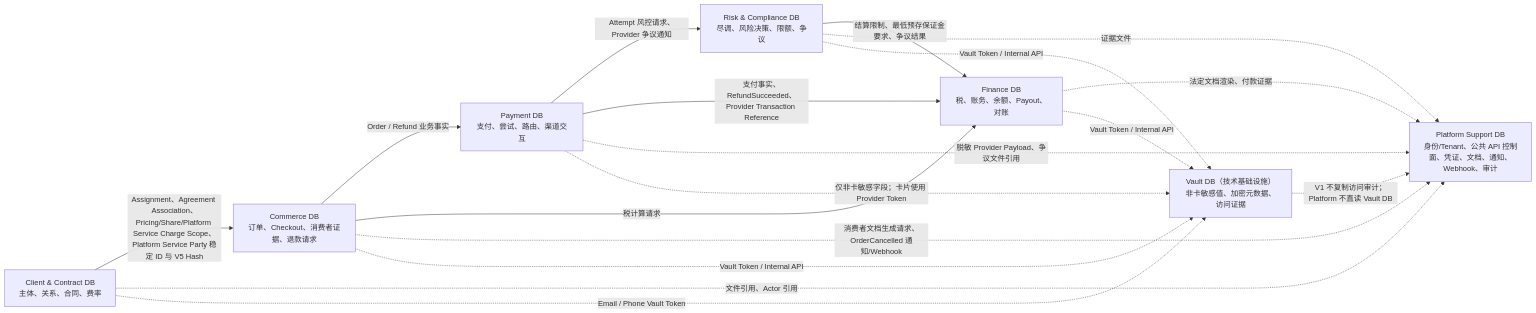
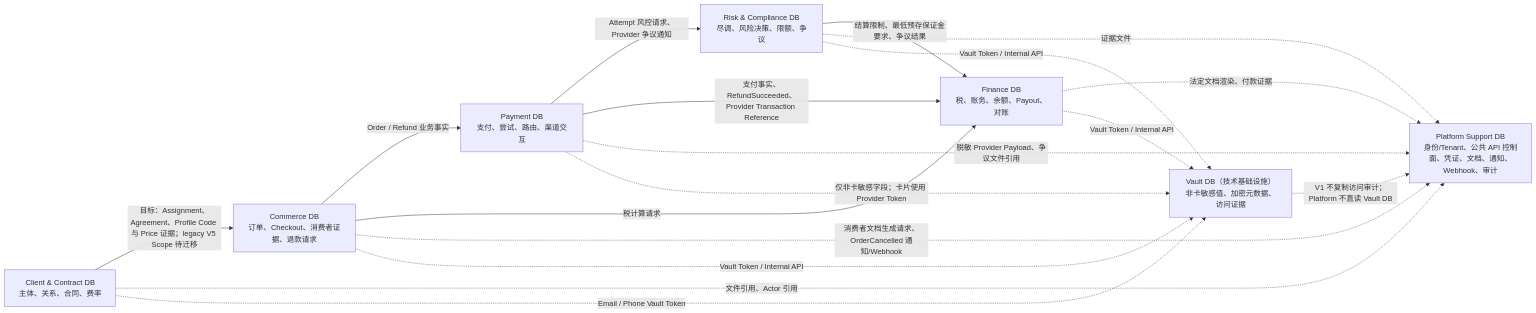
Before and after one commit to kenny0924/paytech: the first of 4 diagrams in agent-docs/database/README.md, drawn with Mermaid. The commit also changed other lines of this file and 33 other files, not shown here.

````diff
--- a/agent-docs/database/README.md
+++ b/agent-docs/database/README.md
@@ -28,28 +30,28 @@
 ```mermaid
 flowchart LR
     CCT["Client & Contract DB\n主体、关系、合同、费率"]
     COM["Commerce DB\n订单、Checkout、消费者证据、退款请求"]
     PAY["Payment DB\n支付、尝试、路由、渠道交互"]
     RISK["Risk & Compliance DB\n尽调、风险决策、限额、争议"]
     FIN["Finance DB\n税、账务、余额、Payout、对账"]
     SUP["Platform Support DB\n身份/Tenant、公共 API 控制面、凭证、文档、通知、Webhook、审计"]
     VAULT["Vault DB（技术基础设施）\n非卡敏感值、加密元数据、访问证据"]
 
-    CCT -->|"Assignment、Agreement Association、Pricing/Share/Platform Service Charge Scope、Platform Service Party 稳定 ID 与 V5 Hash"| COM
+    CCT -->|"目标：Assignment、Agreement、Profile Code 与 Price 证据；legacy V5 Scope 待迁移"| COM
     COM -->|"Order / Refund 业务事实"| PAY
     PAY -->|"Attempt 风控请求、Provider 争议通知"| RISK
     COM -->|"税计算请求"| FIN
     PAY -->|"支付事实、RefundSucceeded、Provider Transaction Reference"| FIN
     RISK -->|"结算限制、最低预存保证金要求、争议结果"| FIN
     CCT -.->|"文件引用、Actor 引用"| SUP
     COM -.->|"消费者文档生成请求、OrderCancelled 通知/Webhook"| SUP
     RISK -.->|"证据文件"| SUP
     FIN -.->|"法定文档渲染、付款证据"| SUP
     PAY -.->|"脱敏 Provider Payload、争议文件引用"| SUP
     CCT -.->|"Email / Phone Vault Token"| VAULT
     COM -.->|"Vault Token / Internal API"| VAULT
     PAY -.->|"仅非卡敏感字段；卡片使用 Provider Token"| VAULT
     RISK -.->|"Vault Token / Internal API"| VAULT
     FIN -.->|"Vault Token / Internal API"| VAULT
     VAULT -.->|"V1 不复制访问审计；Platform 不直读 Vault DB"| SUP
 ```
````
